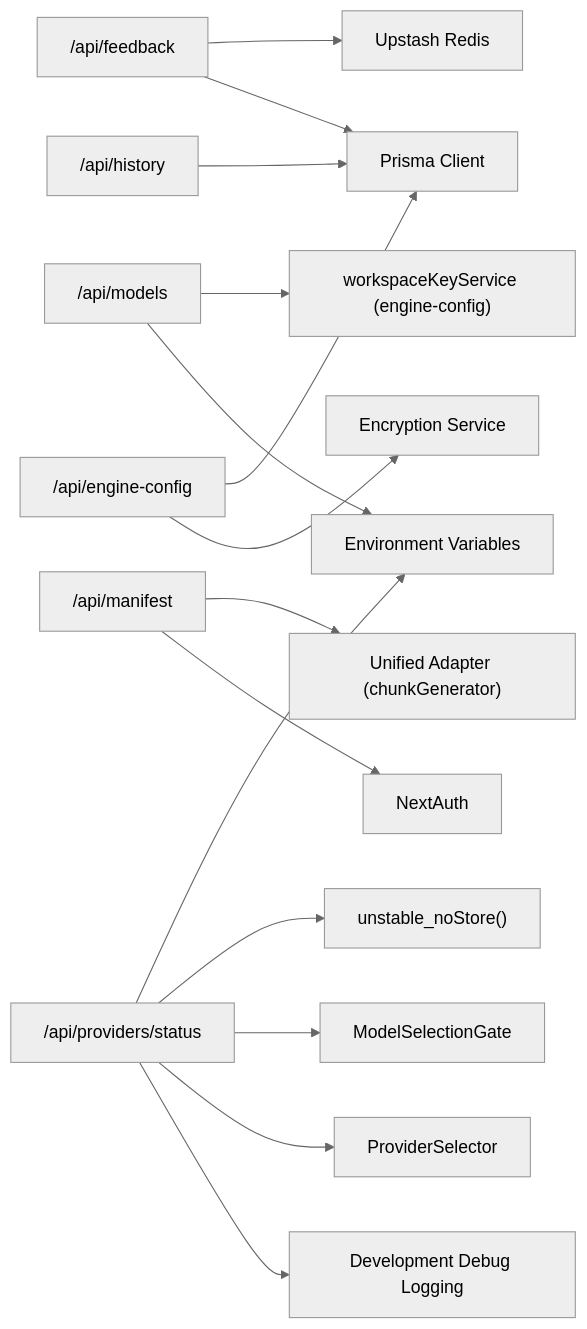
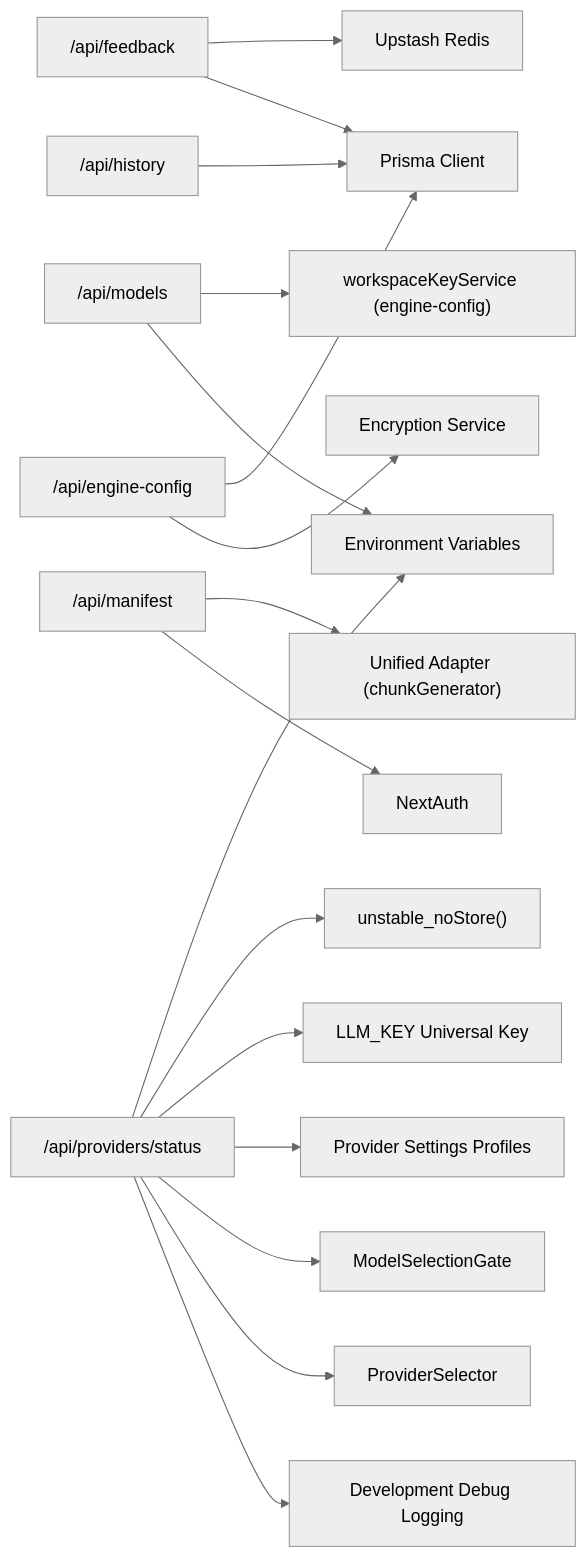
One commit to shekhargiri005-dotcom/AI-powered-accessibility-first-UI-engine changed the ninth of 9 diagrams in .qoder/repowiki/en/content/API Reference/Utility APIs.md. Above: the diagram before and after it, drawn with Mermaid (neutral theme). The commit also changed other lines of this file and 8 other files, not shown here.

````diff
--- a/.qoder/repowiki/en/content/API Reference/Utility APIs.md
+++ b/.qoder/repowiki/en/content/API Reference/Utility APIs.md
@@ -526,17 +542,19 @@
 ```mermaid
 graph LR
 Models["/api/models"] --> Keys["workspaceKeyService (engine-config)"]
 Models --> Env["Environment Variables"]
 History["/api/history"] --> Prisma["Prisma Client"]
 Feedback["/api/feedback"] --> Redis["Upstash Redis"]
 Feedback --> Prisma
 Manifest["/api/manifest"] --> Adapter["Unified Adapter (chunkGenerator)"]
 Manifest --> Auth["NextAuth"]
 Engine["/api/engine-config"] --> Prisma
 Engine --> Crypto["Encryption Service"]
 Providers["/api/providers/status"] --> Env
 Providers --> Cache["unstable_noStore()"]
+Providers --> Universal["LLM_KEY Universal Key"]
+Providers --> Settings["Provider Settings Profiles"]
 Providers --> MSG["ModelSelectionGate"]
 Providers --> PSel["ProviderSelector"]
 Providers --> Debug["Development Debug Logging"]
 ```
````
